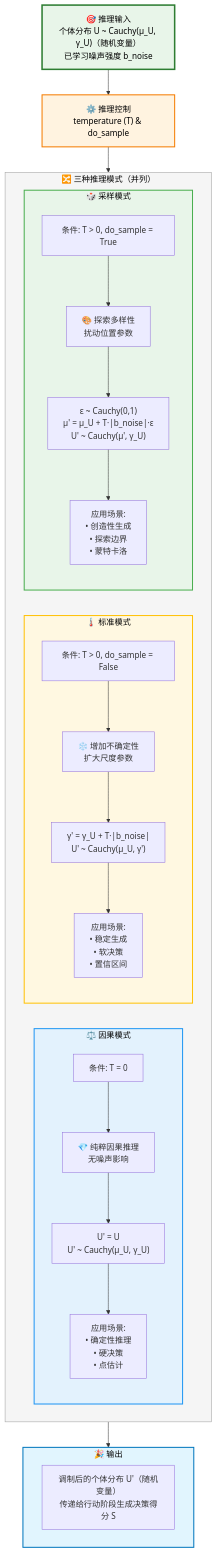
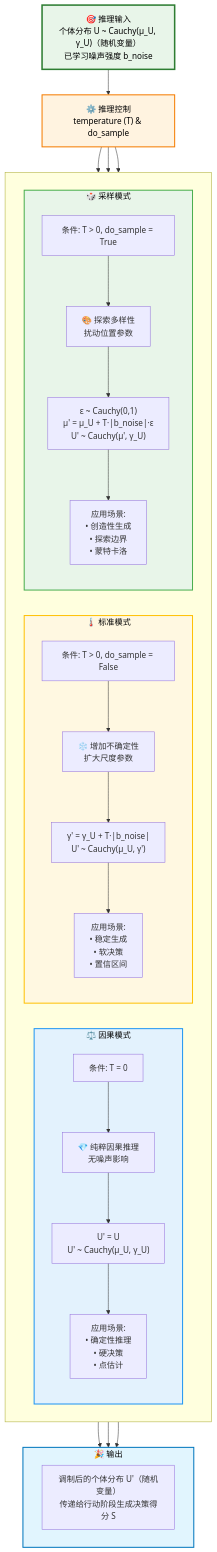
Before and after one commit to 1587causalai/CausalQwen: the eighth of 9 diagrams in causal_engine/MATHEMATICAL_FOUNDATIONS_CN.md, drawn with Mermaid. The commit also changed other lines of this file, not shown here.

````diff
--- a/causal_engine/MATHEMATICAL_FOUNDATIONS_CN.md
+++ b/causal_engine/MATHEMATICAL_FOUNDATIONS_CN.md
@@ -515,57 +515,63 @@
 ```mermaid
 graph TB
-    %% 推理模式：三种调制方式
+    %% 主流程：从上到下
     
     Input["🎯 推理输入<br/>个体分布 U ~ Cauchy(μ_U, γ_U)（随机变量）<br/>已学习噪声强度 b_noise"]
     
     Input --> Control["⚙️ 推理控制<br/>temperature (T) & do_sample"]
     
-    Control --> Modes
-    
-    subgraph Modes ["🔀 三种推理模式（并列）"]
-        direction LR
+    %% 将三个模式放在一个隐藏的容器中，以便统一连接
+    subgraph " "
+        direction LR %% 关键：让内部的模式水平排列
         
         subgraph CausalMode ["⚖️ 因果模式"]
             direction TB
             C_Cond["条件: T = 0"]
             C_Desc["💎 纯粹因果推理<br/>无噪声影响"]
             C_Math["U' = U<br/>U' ~ Cauchy(μ_U, γ_U)"]
             C_Use["应用场景:<br/>• 确定性推理<br/>• 硬决策<br/>• 点估计"]
             C_Cond --> C_Desc --> C_Math --> C_Use
         end
         
         subgraph StandardMode ["🌡️ 标准模式"]
             direction TB
             S_Cond["条件: T > 0, do_sample = False"]
             S_Desc["❄️ 增加不确定性<br/>扩大尺度参数"]
             S_Math["γ' = γ_U + T·|b_noise|<br/>U' ~ Cauchy(μ_U, γ')"]
             S_Use["应用场景:<br/>• 稳定生成<br/>• 软决策<br/>• 置信区间"]
             S_Cond --> S_Desc --> S_Math --> S_Use
         end
         
         subgraph SamplingMode ["🎲 采样模式"]
             direction TB
             M_Cond["条件: T > 0, do_sample = True"]
             M_Desc["🎨 探索多样性<br/>扰动位置参数"]
             M_Math["ε ~ Cauchy(0,1)<br/>μ' = μ_U + T·|b_noise|·ε<br/>U' ~ Cauchy(μ', γ_U)"]
             M_Use["应用场景:<br/>• 创造性生成<br/>• 探索边界<br/>• 蒙特卡洛"]
             M_Cond --> M_Desc --> M_Math --> M_Use
         end
     end
     
-    Modes --> Output
+    %% 连接控制与各个模式
+    Control --> CausalMode
+    Control --> StandardMode
+    Control --> SamplingMode
+    
+    %% 连接各个模式到输出
+    CausalMode --> Output
+    StandardMode --> Output
+    SamplingMode --> Output
     
     subgraph Output ["🎉 输出"]
         OutDesc["调制后的个体分布 U'（随机变量）<br/>传递给行动阶段生成决策得分 S"]
     end
     
-    %% 样式
+    %% 样式 (与原版完全相同)
     style Input fill:#e8f5e9,stroke:#2e7d32,stroke-width:3px,color:#000
     style Control fill:#fff3e0,stroke:#f57c00,stroke-width:2px,color:#000
-    style Modes fill:#f5f5f5,stroke:#9e9e9e,stroke-width:1px,color:#000
     style Output fill:#e1f5fe,stroke:#0277bd,stroke-width:2px,color:#000
     
     style CausalMode fill:#e3f2fd,stroke:#2196f3,stroke-width:2px,color:#000
     style StandardMode fill:#fff8e1,stroke:#ffc107,stroke-width:2px,color:#000
     style SamplingMode fill:#e8f5e9,stroke:#4caf50,stroke-width:2px,color:#000
 ```
````
